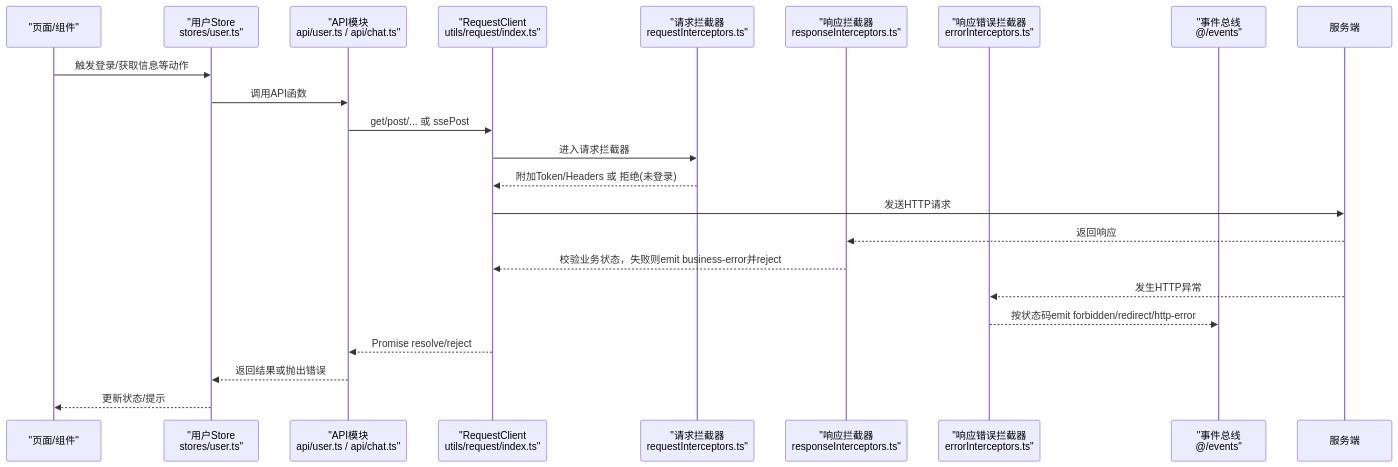
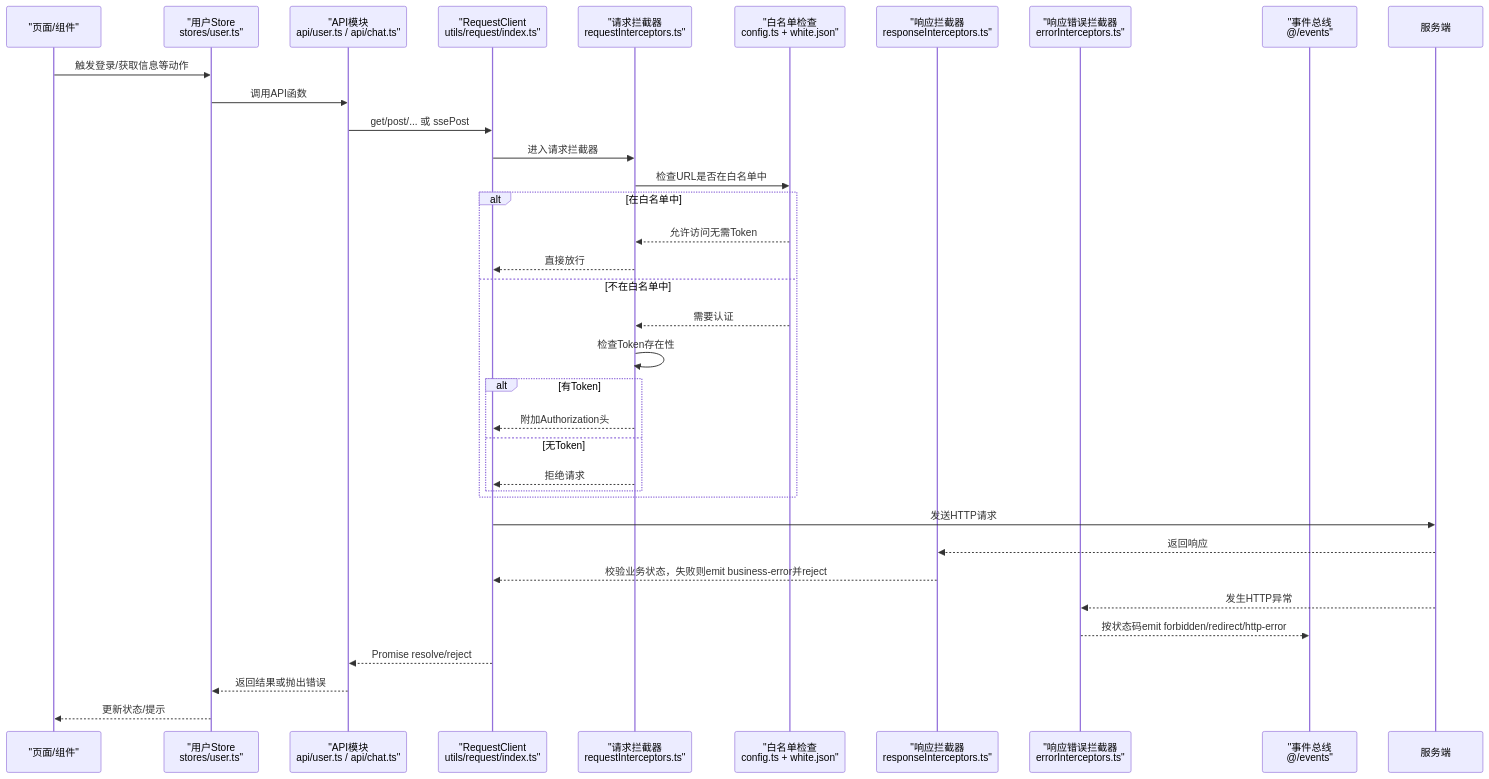
Before and after one commit to cyu100235/lingjing-ai: the second of 6 diagrams in .qoder/repowiki/zh/content/架构设计/前端架构设计/HTTP客户端与API封装.md, drawn with Mermaid. The commit also changed other lines of this file and 12 other files, not shown here.

````diff
--- a/.qoder/repowiki/zh/content/架构设计/前端架构设计/HTTP客户端与API封装.md
+++ b/.qoder/repowiki/zh/content/架构设计/前端架构设计/HTTP客户端与API封装.md
@@ -102,24 +112,37 @@
 ```mermaid
 sequenceDiagram
 participant UI as "页面/组件"
 participant Store as "用户Store<br/>stores/user.ts"
 participant API as "API模块<br/>api/user.ts / api/chat.ts"
 participant Client as "RequestClient<br/>utils/request/index.ts"
 participant ReqInt as "请求拦截器<br/>requestInterceptors.ts"
+participant WhiteList as "白名单检查<br/>config.ts + white.json"
 participant ResInt as "响应拦截器<br/>responseInterceptors.ts"
 participant ErrInt as "响应错误拦截器<br/>errorInterceptors.ts"
 participant Bus as "事件总线<br/>@/events"
 UI->>Store : 触发登录/获取信息等动作
 Store->>API : 调用API函数
 API->>Client : get/post/... 或 ssePost
 Client->>ReqInt : 进入请求拦截器
-ReqInt-->>Client : 附加Token/Headers 或 拒绝(未登录)
+ReqInt->>WhiteList : 检查URL是否在白名单中
+alt 在白名单中
+WhiteList-->>ReqInt : 允许访问无需Token
+ReqInt-->>Client : 直接放行
+else 不在白名单中
+WhiteList-->>ReqInt : 需要认证
+ReqInt->>ReqInt : 检查Token存在性
+alt 有Token
+ReqInt-->>Client : 附加Authorization头
+else 无Token
+ReqInt-->>Client : 拒绝请求
+end
+end
 Client->>服务端 : 发送HTTP请求
 服务端-->>ResInt : 返回响应
 ResInt-->>Client : 校验业务状态，失败则emit business-error并reject
 服务端-->>ErrInt : 发生HTTP异常
 ErrInt-->>Bus : 按状态码emit forbidden/redirect/http-error
 Client-->>API : Promise resolve/reject
 API-->>Store : 返回结果或抛出错误
 Store-->>UI : 更新状态/提示
 ```
````
